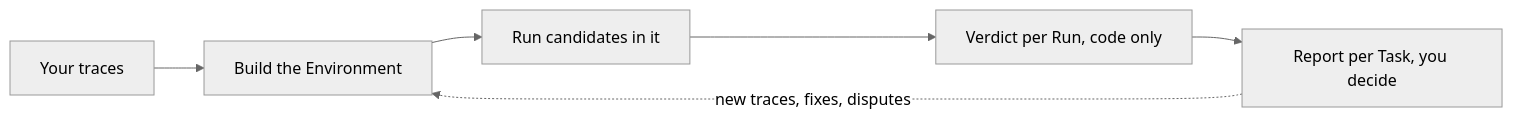
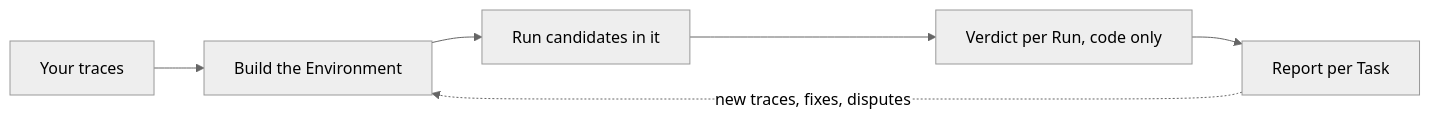
One commit to leiblerdev/kullback changed the first of 2 diagrams in README.md. Above: the diagram before and after it, drawn with Mermaid (neutral theme). The commit also changed other lines of this file and 37 other files, not shown here.

````diff
--- a/README.md
+++ b/README.md
@@ -21,8 +21,8 @@
 ```mermaid
 flowchart LR
     T[Your traces] --> B[Build the Environment]
     B --> R[Run candidates in it]
     R --> V[Verdict per Run, code only]
-    V --> P[Report per Task, you decide]
+    V --> P[Report per Task]
     P -. new traces, fixes, disputes .-> B
 ```
````
